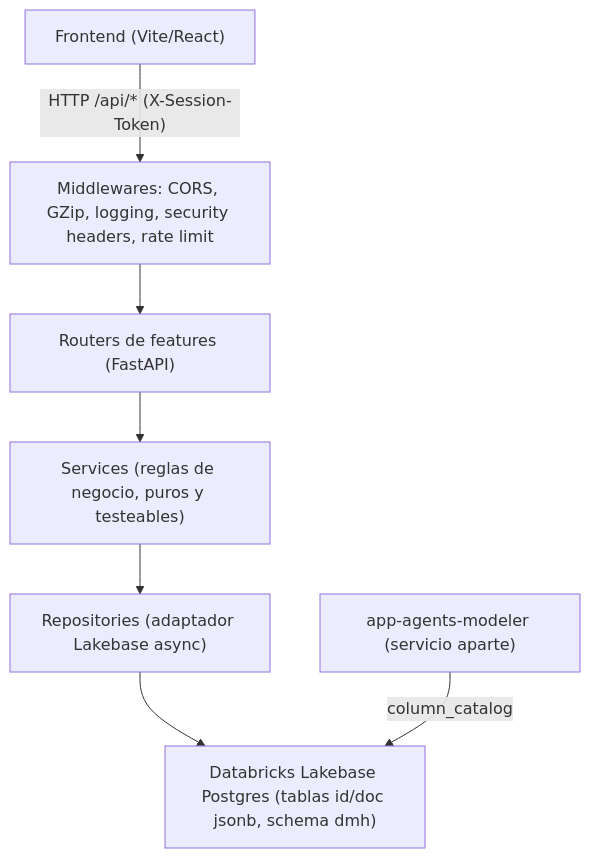
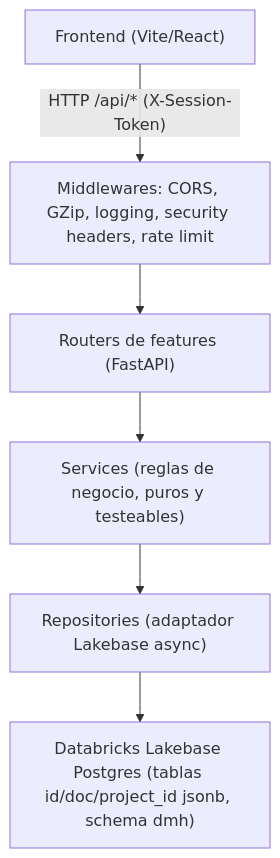
One commit to Carlosmps97/backend-data-model-hub changed the first of 4 diagrams in README.md. Above: the diagram before and after it, drawn with Mermaid. The commit also changed other lines of this file and 248 other files, not shown here.

````diff
--- a/README.md
+++ b/README.md
@@ -33,9 +33,8 @@
 ```mermaid
 flowchart TD
     FE["Frontend (Vite/React)"] -->|"HTTP /api/* (X-Session-Token)"| MW["Middlewares: CORS, GZip, logging, security headers, rate limit"]
     MW --> R["Routers de features (FastAPI)"]
     R --> S["Services (reglas de negocio, puros y testeables)"]
     S --> REPO["Repositories (adaptador Lakebase async)"]
-    REPO --> LAKEBASE["Databricks Lakebase Postgres (tablas id/doc jsonb, schema dmh)"]
-    AGENT["app-agents-modeler (servicio aparte)"] -->|"column_catalog"| LAKEBASE
+    REPO --> LAKEBASE["Databricks Lakebase Postgres (tablas id/doc/project_id jsonb, schema dmh)"]
 ```
````
